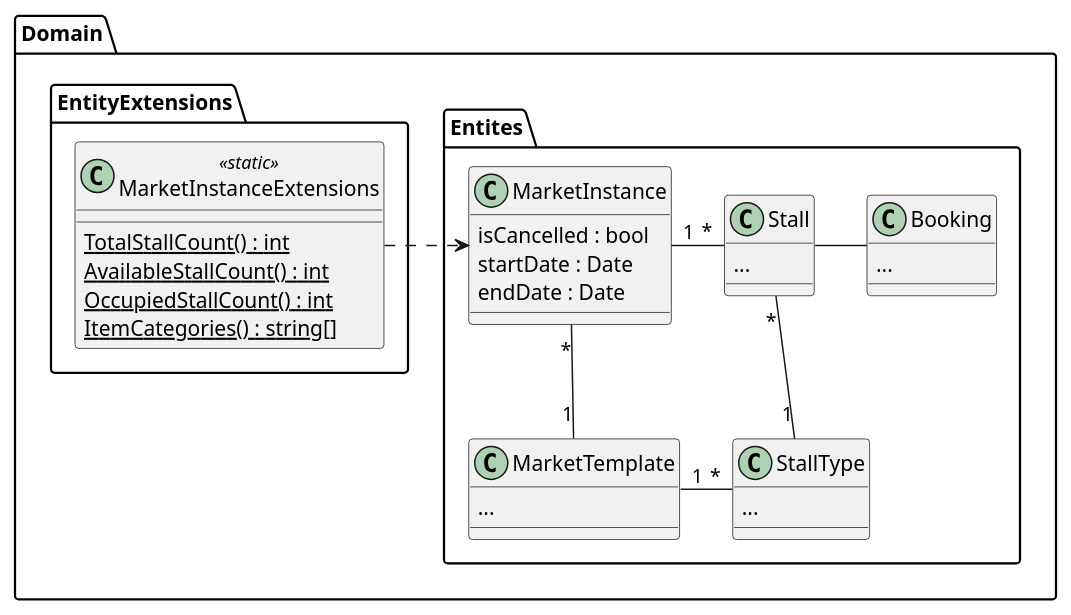
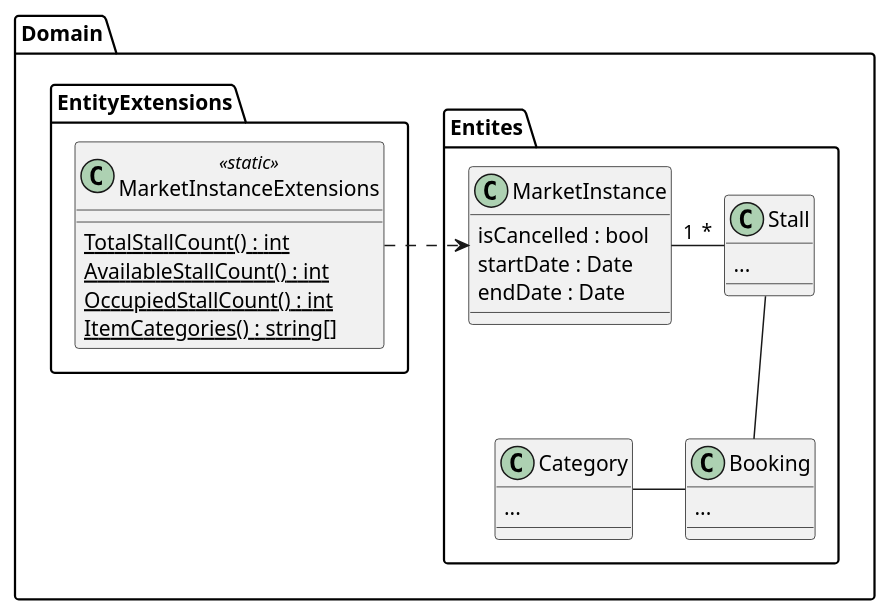
The diagram in docs/packageDiagrams/domain/entityextensions.plantuml (JeppeTrip/LoppePortalen), drawn with PlantUML before and after one commit. The commit also changed 2 other files, not shown here.

```diff
--- a/docs/packageDiagrams/domain/entityextensions.plantuml
+++ b/docs/packageDiagrams/domain/entityextensions.plantuml
@@ -1,44 +1,38 @@
 @startuml
 package Domain {
     package Entites {
-        class MarketTemplate {
+        class Category {
             ...
         }
 
         class Stall {
-            ...
-        }
-
-        class StallType {
             ...
         }
 
         class Booking {
             ...
         }
 
         class MarketInstance {
             isCancelled : bool
             startDate : Date
             endDate : Date
         }
     }
 
     package EntityExtensions{
         class MarketInstanceExtensions <<static>> {
             {static} TotalStallCount() : int
             {static} AvailableStallCount() : int
             {static} OccupiedStallCount() : int
             {static} ItemCategories() : string[]
         }
     }
 }
 
 MarketInstanceExtensions .right.> MarketInstance
-MarketTemplate "1" -up- "*" MarketInstance
 MarketInstance "1" -right- "*" Stall
-Stall "*" -down- "1" StallType
-MarketTemplate "1" -right- "*" StallType
-Stall -right- Booking
+Stall -down- Booking
+Booking -left- Category
 
 @enduml
```
